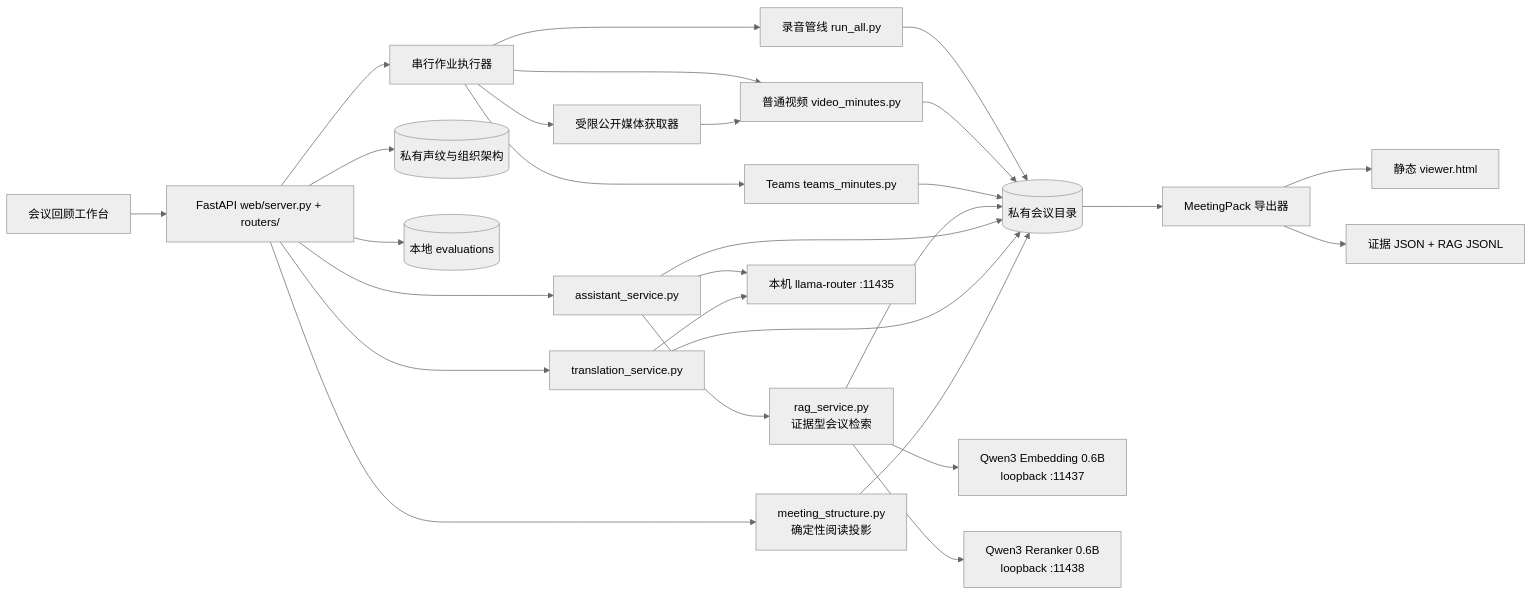
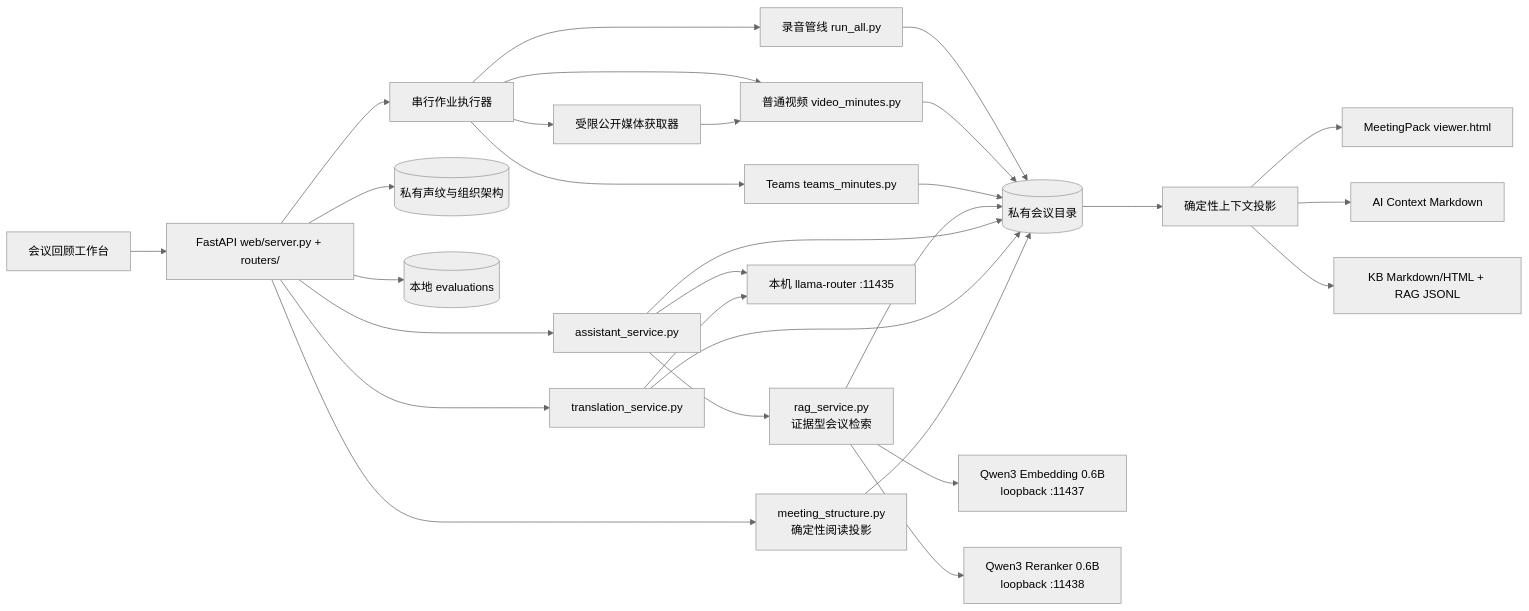
One commit to JohnnyBGoodeLithium/Local-Video-Meeting-Minutes changed the diagram in docs/ARCHITECTURE.md. Above: the diagram before and after it, drawn with Mermaid (neutral theme). The commit also changed other lines of this file and 15 other files, not shown here.

First line of the commit message:
release: focus v0.14 on portable meeting context

````diff
--- a/docs/ARCHITECTURE.md
+++ b/docs/ARCHITECTURE.md
@@ -11,30 +13,31 @@
 ```mermaid
 flowchart LR
     UI[会议回顾工作台] --> API[FastAPI web/server.py + routers/]
     API --> JOBS[串行作业执行器]
     JOBS --> URL[受限公开媒体获取器]
     JOBS --> AUDIO[录音管线 run_all.py]
     JOBS --> VIDEO[普通视频 video_minutes.py]
     JOBS --> TEAMS[Teams teams_minutes.py]
     AUDIO --> DATA[(私有会议目录)]
     VIDEO --> DATA
     TEAMS --> DATA
     URL --> VIDEO
     API --> BANK[(私有声纹与组织架构)]
     API --> ASSIST[assistant_service.py]
     ASSIST --> MRAG[rag_service.py\n证据型会议检索]
     MRAG --> DATA
     MRAG --> EMBED[Qwen3 Embedding 0.6B\nloopback :11437]
     MRAG --> RERANK[Qwen3 Reranker 0.6B\nloopback :11438]
     ASSIST --> ROUTER[本机 llama-router :11435]
     ASSIST --> DATA
     API --> TRANS[translation_service.py]
     TRANS --> ROUTER
     TRANS --> DATA
     API --> STRUCT[meeting_structure.py\n确定性阅读投影]
     STRUCT --> DATA
     API --> EVAL[(本地 evaluations)]
-    DATA --> EXPORT[MeetingPack 导出器]
-    EXPORT --> VIEWER[静态 viewer.html]
-    EXPORT --> RAG[证据 JSON + RAG JSONL]
+    DATA --> EXPORT[确定性上下文投影]
+    EXPORT --> VIEWER[MeetingPack viewer.html]
+    EXPORT --> AIC[AI Context Markdown]
+    EXPORT --> RAG[KB Markdown/HTML + RAG JSONL]
 ```
````
